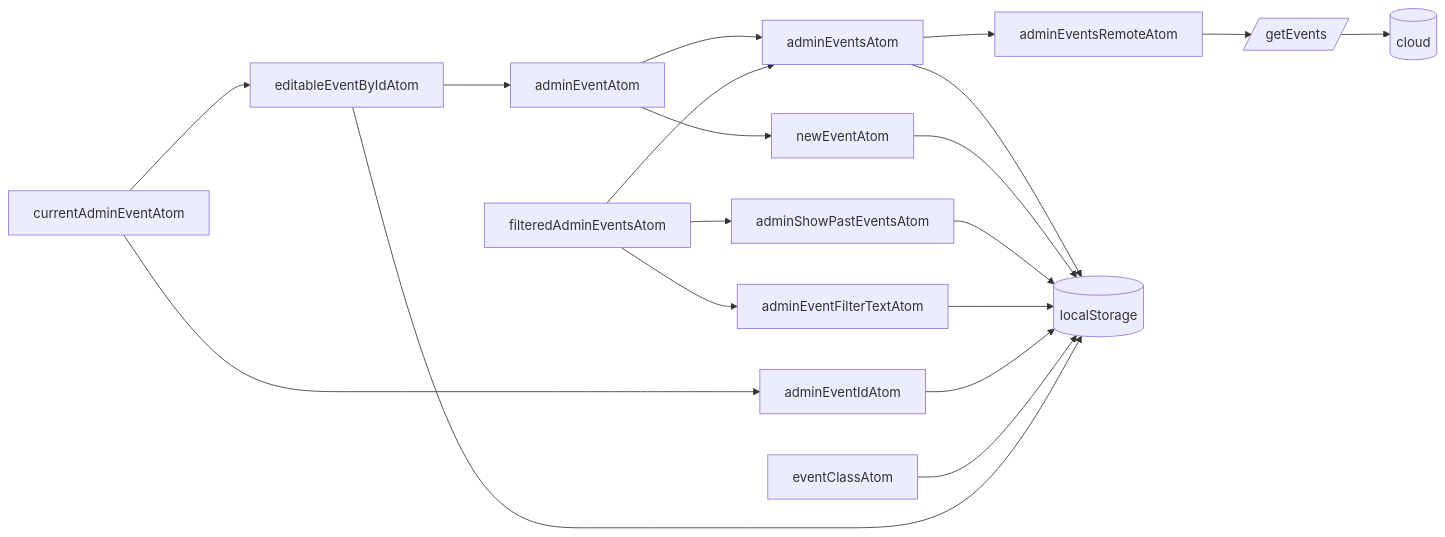
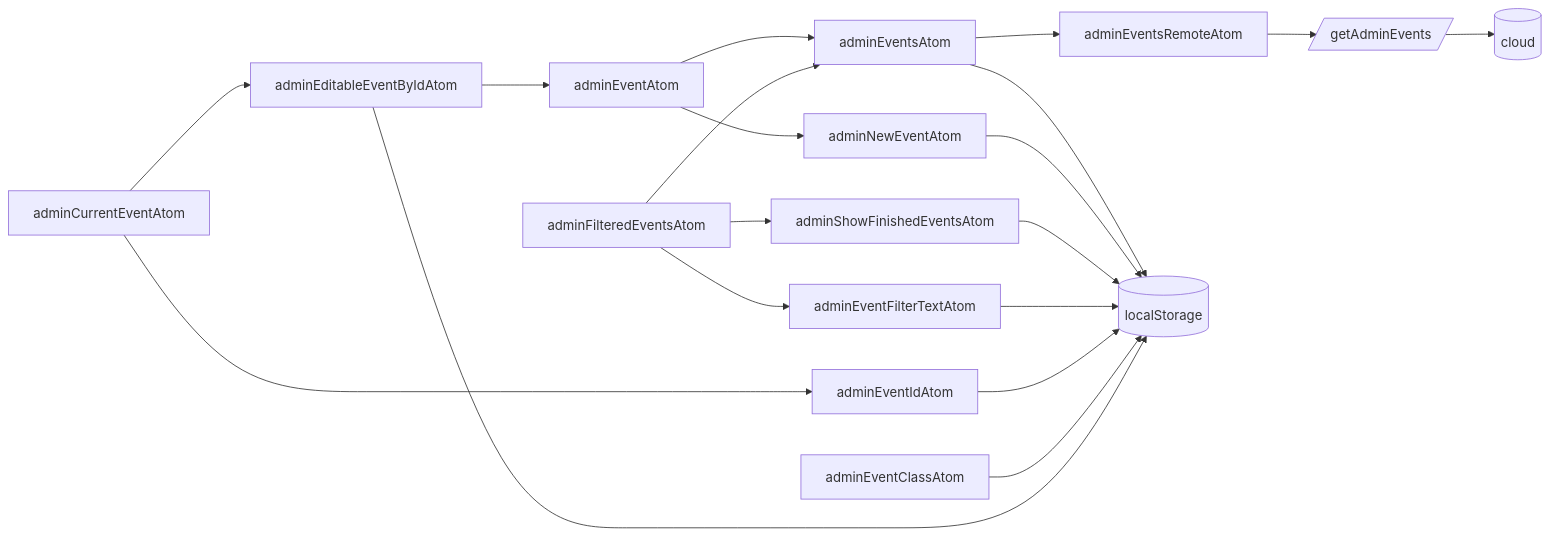
One commit to koekalenteri/koekalenteri changed the first of 4 diagrams in src/pages/admin/state/README.md. Above: the diagram before and after it, drawn with Mermaid. The commit also changed 22 other files, not shown here.

First line of the commit message:
feat(admin): keep an ended trial in the event list until its results are published (KOE-1667) (#1710)

````diff
--- a/src/pages/admin/state/README.md
+++ b/src/pages/admin/state/README.md
@@ -36,27 +36,27 @@
 ```mermaid
 graph LR
   adminEventsAtom-->adminEventsRemoteAtom
   adminEventsAtom-->localStorage
-  newEventAtom-->localStorage
-  adminShowPastEventsAtom-->localStorage
+  adminNewEventAtom-->localStorage
+  adminShowFinishedEventsAtom-->localStorage
   adminEventFilterTextAtom-->localStorage
   adminEventIdAtom-->localStorage
-  eventClassAtom-->localStorage
-  editableEventByIdAtom-->localStorage
-  editableEventByIdAtom-->adminEventAtom
+  adminEventClassAtom-->localStorage
+  adminEditableEventByIdAtom-->localStorage
+  adminEditableEventByIdAtom-->adminEventAtom
 
   localStorage[(localStorage)]
-  adminEventsRemoteAtom-->getEvents[/getEvents/]-->aws
+  adminEventsRemoteAtom-->getAdminEvents[/getAdminEvents/]-->aws
 
-  adminEventAtom-->newEventAtom
+  adminEventAtom-->adminNewEventAtom
   adminEventAtom-->adminEventsAtom
 
-  currentAdminEventAtom-->editableEventByIdAtom
-  currentAdminEventAtom-->adminEventIdAtom
+  adminCurrentEventAtom-->adminEditableEventByIdAtom
+  adminCurrentEventAtom-->adminEventIdAtom
 
-  filteredAdminEventsAtom-->adminEventsAtom
-  filteredAdminEventsAtom-->adminEventFilterTextAtom
-  filteredAdminEventsAtom-->adminShowPastEventsAtom
+  adminFilteredEventsAtom-->adminEventsAtom
+  adminFilteredEventsAtom-->adminEventFilterTextAtom
+  adminFilteredEventsAtom-->adminShowFinishedEventsAtom
 
   aws[(cloud)]
 ```
````
